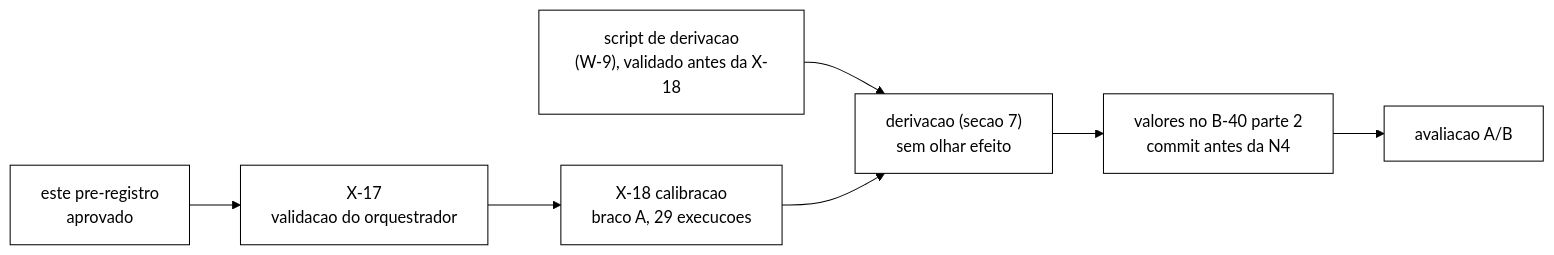
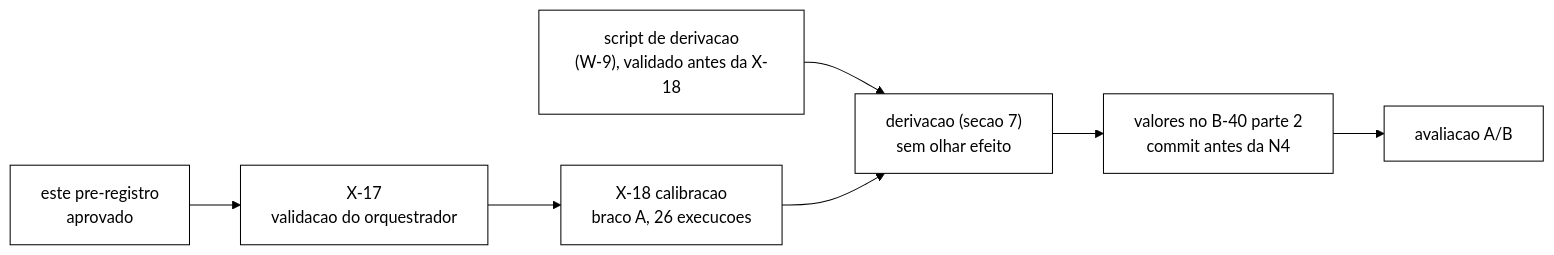
The diagram in docs/pre-registro-calibracao-s3-2026-11-05.md (franpgn/tcc-verificacao-formal-invariantes-sessao), drawn with Mermaid before and after one commit. The commit also changed other lines of this file, not shown here.

Commit message:
docs: calibracao S3 alinhada ao desenho da Metodologia.tex:347 (SYNC F1 sai, 26 execucoes, teto h4 6, poder para F1/F2/F4)

````diff
--- a/docs/pre-registro-calibracao-s3-2026-11-05.md
+++ b/docs/pre-registro-calibracao-s3-2026-11-05.md
@@ -52,10 +52,10 @@
 ```mermaid
 %%{init: {'theme':'base','themeVariables':{'background':'#ffffff','primaryColor':'#ffffff','primaryTextColor':'#000000','primaryBorderColor':'#000000','lineColor':'#000000','secondaryColor':'#ffffff','tertiaryColor':'#ffffff','fontFamily':'Arial'}}}%%
 flowchart LR
     PR["este pre-registro<br/>aprovado"] --> X17["X-17<br/>validacao do orquestrador"]
-    X17 --> X18["X-18 calibracao<br/>braco A, 29 execucoes"]
+    X17 --> X18["X-18 calibracao<br/>braco A, 26 execucoes"]
     W9["script de derivacao<br/>(W-9), validado antes da X-18"] --> DER
     X18 --> DER["derivacao (secao 7)<br/>sem olhar efeito"]
     DER --> V["valores no B-40 parte 2<br/>commit antes da N4"]
     V --> AV["avaliacao A/B"]
 ```
````
